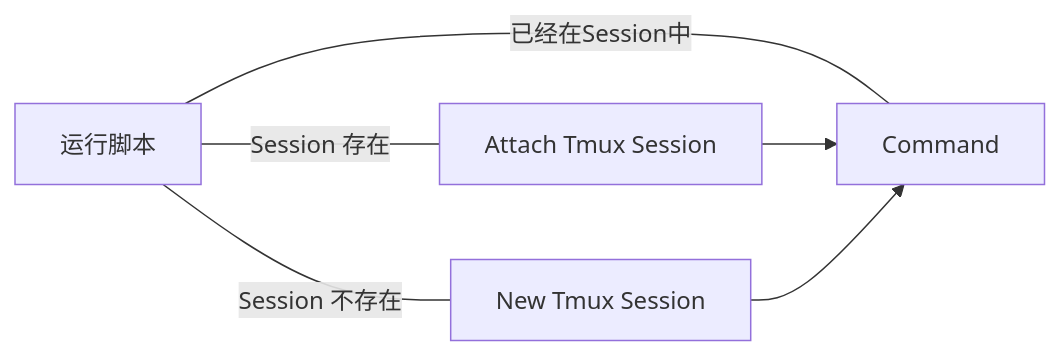
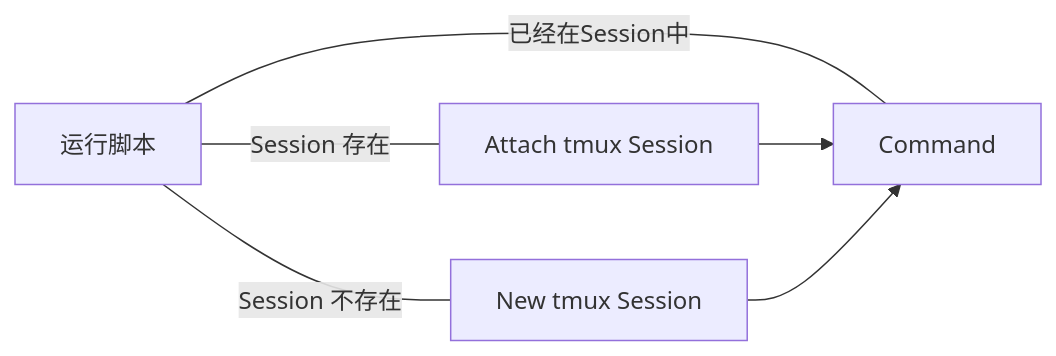
One commit to sakarie9/sakarie9.github.io changed the diagram in content/posts/2024/pacman-in-tmux.md. Above: the diagram before and after it, drawn with Mermaid. The commit also changed other lines of this file, not shown here.

```diff
--- a/content/posts/2024/pacman-in-tmux.md
+++ b/content/posts/2024/pacman-in-tmux.md
@@ -27,16 +27,16 @@
 {{< mermaid >}}
 
 graph LR
 
 A[运行脚本]
-B[Attach Tmux Session]
-BN[New Tmux Session]
+B[Attach tmux Session]
+BN[New tmux Session]
 C[Command]
 
 A -- Session 不存在 --- BN
 A -- Session 存在 --- B
 A -- 已经在Session中 --- C
 B --> C
 BN --> C
 
 {{< /mermaid >}}
```
